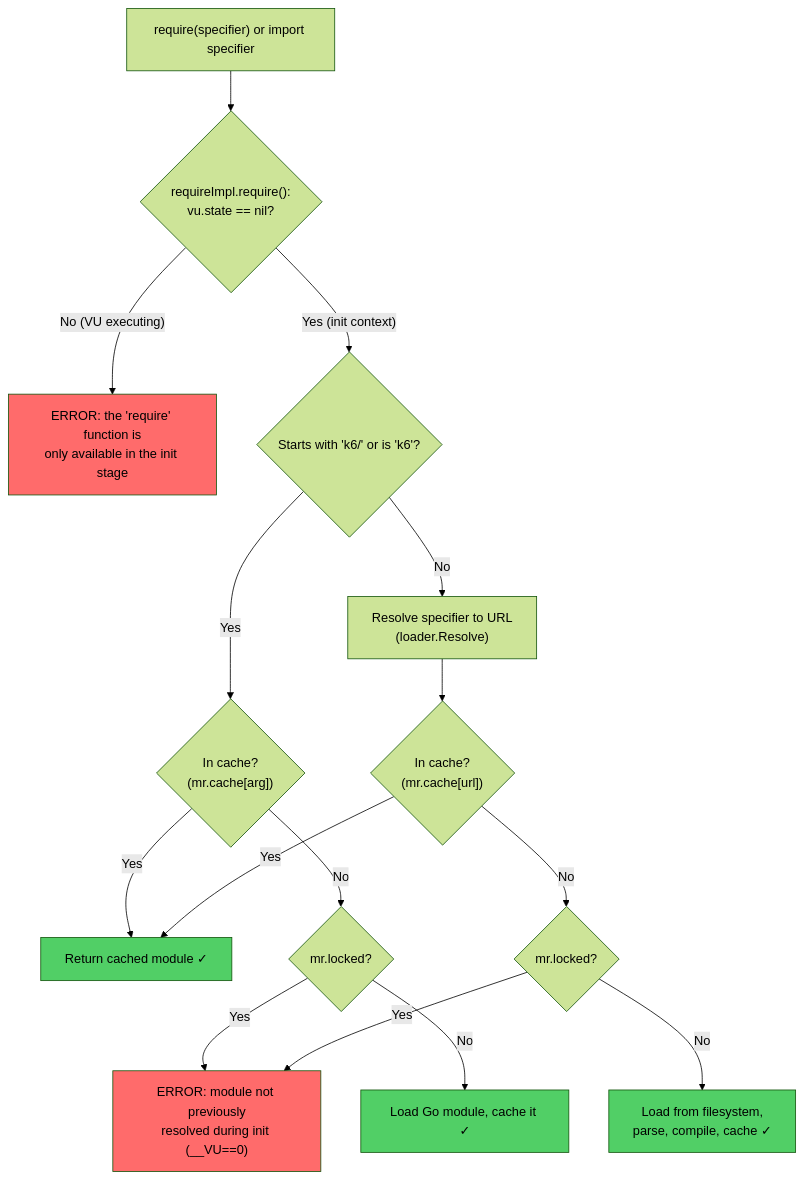
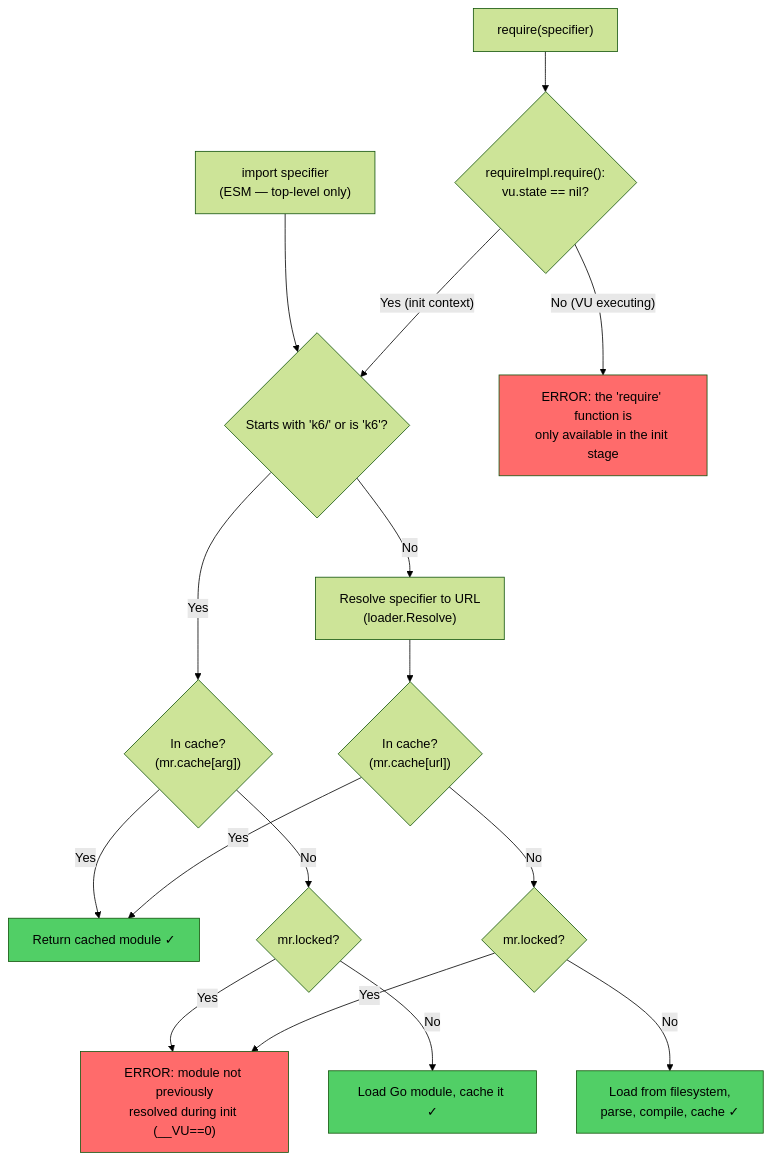
The first of 2 diagrams in blitzy/documentation/k6_ddc3b0b1d23c.md (blitzy-research/k6), drawn with Mermaid (forest theme) before and after one commit. The commit also changed other lines of this file, not shown here.

````diff
--- a/blitzy/documentation/k6_ddc3b0b1d23c.md
+++ b/blitzy/documentation/k6_ddc3b0b1d23c.md
@@ -328,23 +328,25 @@
 ```mermaid
 flowchart TD
-    A["require(specifier) or import specifier"] --> B{"requireImpl.require():<br/>vu.state == nil?"}
+    A1["require(specifier)"] --> B{"requireImpl.require():<br/>vu.state == nil?"}
+    A2["import specifier<br/>(ESM — top-level only)"] --> D
+
     B -- "No (VU executing)" --> C["ERROR: the 'require' function is<br/>only available in the init stage"]
     B -- "Yes (init context)" --> D{"Starts with 'k6/' or is 'k6'?"}
     D -- Yes --> E{"In cache?<br/>(mr.cache[arg])"}
     E -- Yes --> F["Return cached module ✓"]
     E -- No --> G{"mr.locked?"}
     G -- Yes --> H["ERROR: module not previously<br/>resolved during init (__VU==0)"]
     G -- No --> I["Load Go module, cache it ✓"]
     D -- No --> J["Resolve specifier to URL<br/>(loader.Resolve)"]
     J --> K{"In cache?<br/>(mr.cache[url])"}
     K -- Yes --> F
     K -- No --> L{"mr.locked?"}
     L -- Yes --> H
     L -- No --> M["Load from filesystem,<br/>parse, compile, cache ✓"]
 
     style C fill:#ff6b6b,color:#000
     style H fill:#ff6b6b,color:#000
     style F fill:#51cf66,color:#000
     style I fill:#51cf66,color:#000
     style M fill:#51cf66,color:#000
 ```
````
